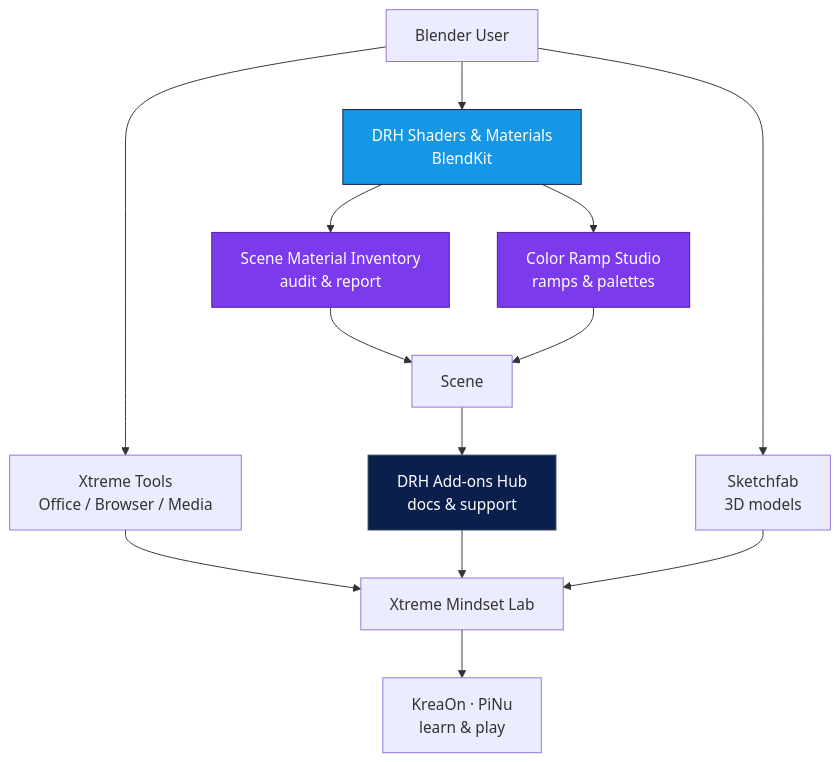
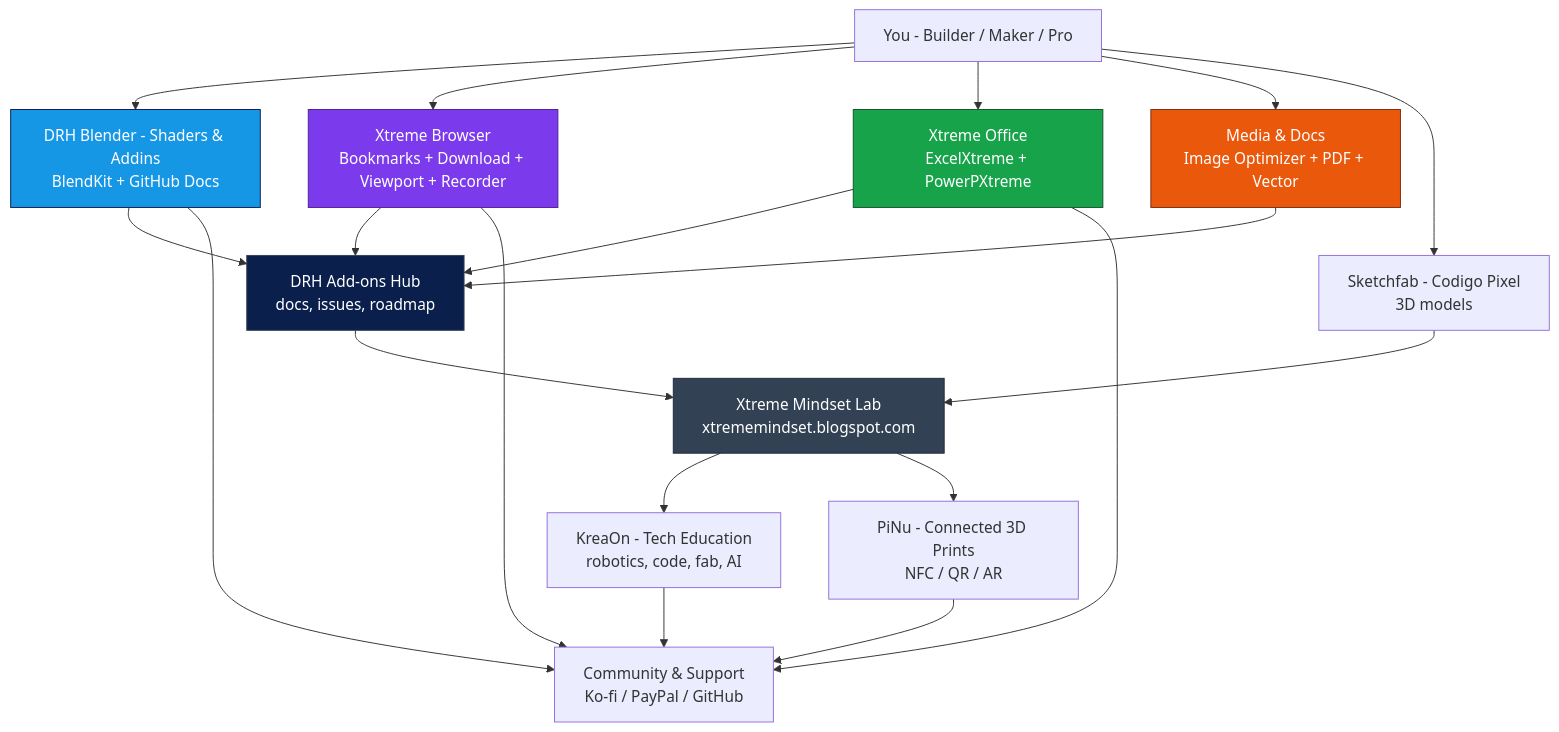
Before and after one commit to pacosalasv/pacosalasv: the diagram in README.md, drawn with Mermaid. The commit also changed other lines of this file and 1 other file, not shown here.

Commit message:
Refresh Paco Salas | DRH profile and product portfolio

````diff
--- a/README.md
+++ b/README.md
@@ -96,20 +115,32 @@
 ```mermaid
 graph TD
-    A[Blender User] --> B[DRH Shaders & Materials<br/>BlendKit]
-    B --> C[Scene Material Inventory<br/>audit & report]
-    B --> D[Color Ramp Studio<br/>ramps & palettes]
-    C --> E[Scene]
-    D --> E
-    E --> F[DRH Add-ons Hub<br/>docs & support]
-    A --> G[Xtreme Tools<br/>Office / Browser / Media]
-    A --> H[Sketchfab<br/>3D models]
-    G --> I[Xtreme Mindset Lab]
-    F --> I
-    H --> I
-    I --> J[KreaOn · PiNu<br/>learn & play]
+    User[You - Builder / Maker / Pro] --> Blender[DRH Blender - Shaders & Addins<br/>BlendKit + GitHub Docs]
+    User --> Browser[Xtreme Browser<br/>Bookmarks + Download + Viewport + Recorder]
+    User --> Office[Xtreme Office<br/>ExcelXtreme + PowerPXtreme]
+    User --> Media[Media & Docs<br/>Image Optimizer + PDF + Vector]
 
-    style B fill:#1597E5,stroke:#0B1F4D,color:#fff
-    style F fill:#0B1F4D,stroke:#334155,color:#fff
-    style C fill:#7C3AED,stroke:#4C1D95,color:#fff
-    style D fill:#7C3AED,stroke:#4C1D95,color:#fff
+    Blender --> Hub[DRH Add-ons Hub<br/>docs, issues, roadmap]
+    Browser --> Hub
+    Office --> Hub
+    Media --> Hub
+
+    Hub --> Lab[Xtreme Mindset Lab<br/>xtrememindset.blogspot.com]
+    User --> Sketch[Sketchfab - Codigo Pixel<br/>3D models]
+    Sketch --> Lab
+
+    Lab --> Edu[KreaOn - Tech Education<br/>robotics, code, fab, AI]
+    Lab --> Physical[PiNu - Connected 3D Prints<br/>NFC / QR / AR]
+
+    Edu --> Community[Community & Support<br/>Ko-fi / PayPal / GitHub]
+    Physical --> Community
+    Blender --> Community
+    Browser --> Community
+    Office --> Community
+
+    style Blender fill:#1597E5,stroke:#0B1F4D,color:#fff
+    style Browser fill:#7C3AED,stroke:#4C1D95,color:#fff
+    style Office fill:#16A34A,stroke:#14532D,color:#fff
+    style Media fill:#EA580C,stroke:#7C2D12,color:#fff
+    style Hub fill:#0B1F4D,stroke:#334155,color:#fff
+    style Lab fill:#334155,stroke:#1F2937,color:#fff
 ```
````
